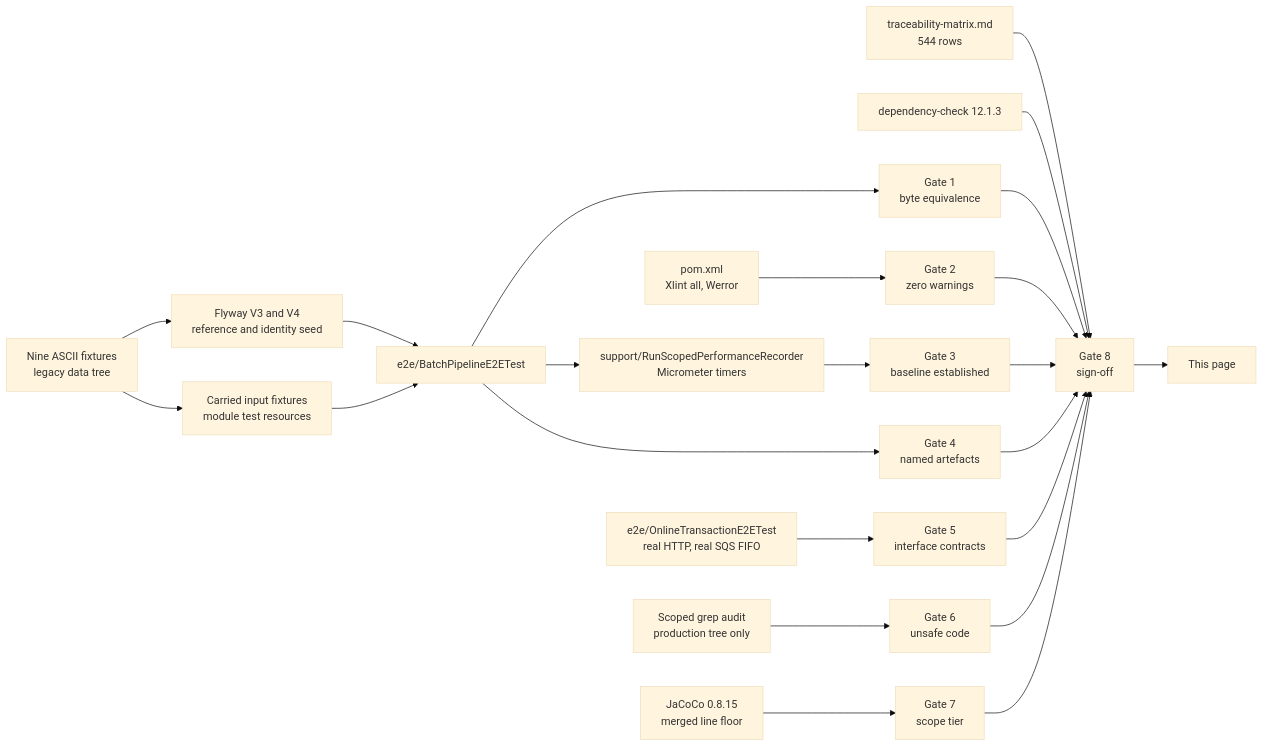
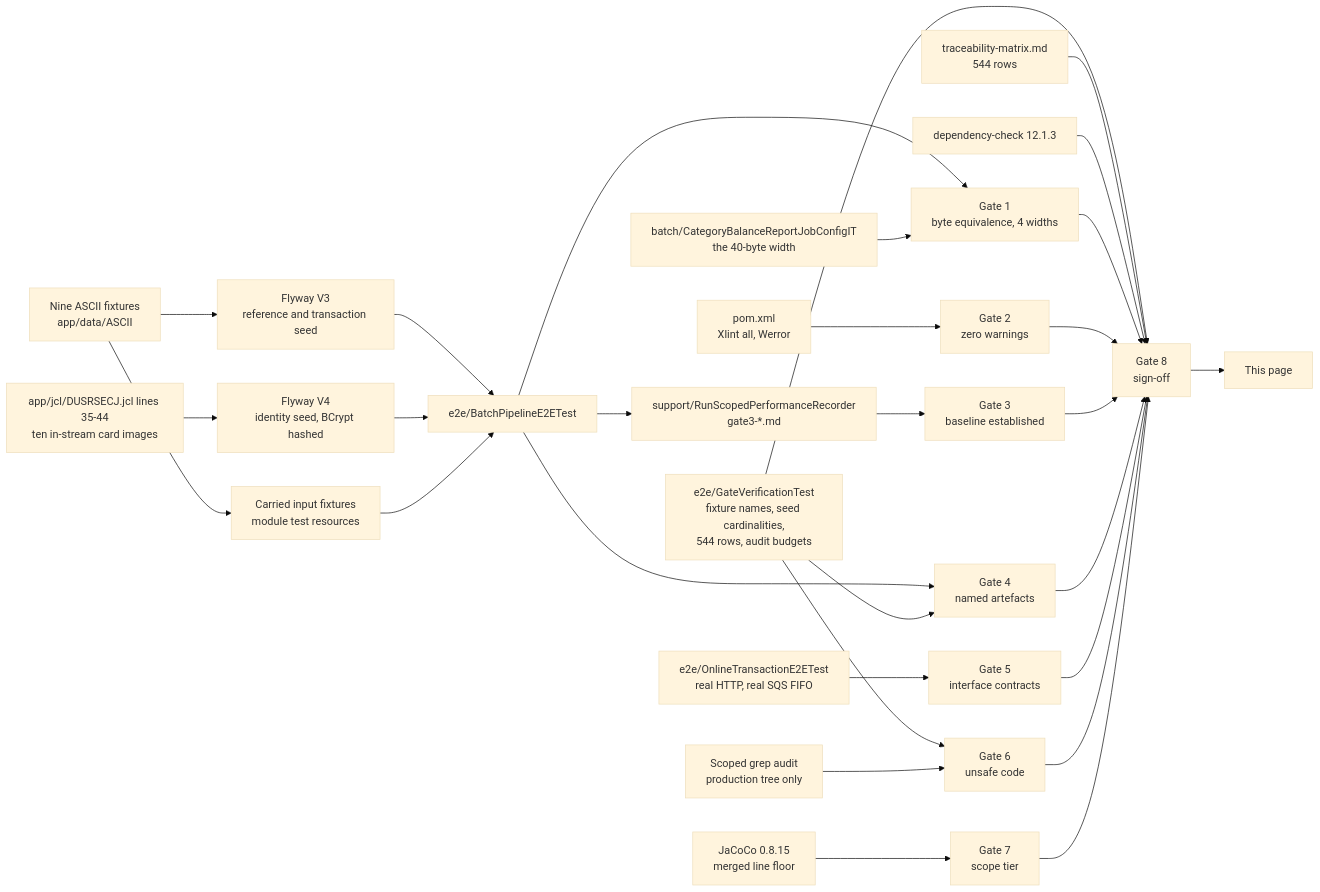
Before and after one commit to blitzy-research/aws-carddemo-blitzy: the diagram in docs/gate-evidence.md, drawn with Mermaid (base theme). The commit also changed other lines of this file and 389 other files, not shown here.

````diff
--- a/docs/gate-evidence.md
+++ b/docs/gate-evidence.md
@@ -135,25 +212,31 @@
 ```mermaid
 graph LR
-    F["Nine ASCII fixtures<br/>legacy data tree"] --> S["Flyway V3 and V4<br/>reference and identity seed"]
+    F["Nine ASCII fixtures<br/>app/data/ASCII"] --> S3["Flyway V3<br/>reference and transaction seed"]
+    U["app/jcl/DUSRSECJ.jcl lines 35-44<br/>ten in-stream card images"] --> S4["Flyway V4<br/>identity seed, BCrypt hashed"]
     F --> I["Carried input fixtures<br/>module test resources"]
-    S --> B["e2e/BatchPipelineE2ETest"]
+    S3 --> B["e2e/BatchPipelineE2ETest"]
+    S4 --> B
     I --> B
-    B --> G1["Gate 1<br/>byte equivalence"]
+    B --> G1["Gate 1<br/>byte equivalence, 4 widths"]
+    C["batch/CategoryBalanceReportJobConfigIT<br/>the 40-byte width"] --> G1
     B --> G4["Gate 4<br/>named artefacts"]
-    B --> T["support/RunScopedPerformanceRecorder<br/>Micrometer timers"]
+    V["e2e/GateVerificationTest<br/>fixture names, seed cardinalities,<br/>544 rows, audit budgets"] --> G4
+    V --> G6["Gate 6<br/>unsafe code"]
+    V --> G8["Gate 8<br/>sign-off"]
+    B --> T["support/RunScopedPerformanceRecorder<br/>gate3-*.md"]
     T --> G3["Gate 3<br/>baseline established"]
     O["e2e/OnlineTransactionE2ETest<br/>real HTTP, real SQS FIFO"] --> G5["Gate 5<br/>interface contracts"]
     P["pom.xml<br/>Xlint all, Werror"] --> G2["Gate 2<br/>zero warnings"]
-    A["Scoped grep audit<br/>production tree only"] --> G6["Gate 6<br/>unsafe code"]
+    A["Scoped grep audit<br/>production tree only"] --> G6
     J["JaCoCo 0.8.15<br/>merged line floor"] --> G7["Gate 7<br/>scope tier"]
-    M["traceability-matrix.md<br/>544 rows"] --> G8["Gate 8<br/>sign-off"]
+    M["traceability-matrix.md<br/>544 rows"] --> G8
     D["dependency-check 12.1.3"] --> G8
     G1 --> G8
     G2 --> G8
     G3 --> G8
     G4 --> G8
     G5 --> G8
     G6 --> G8
     G7 --> G8
     G8 --> E["This page"]
 ```
````
